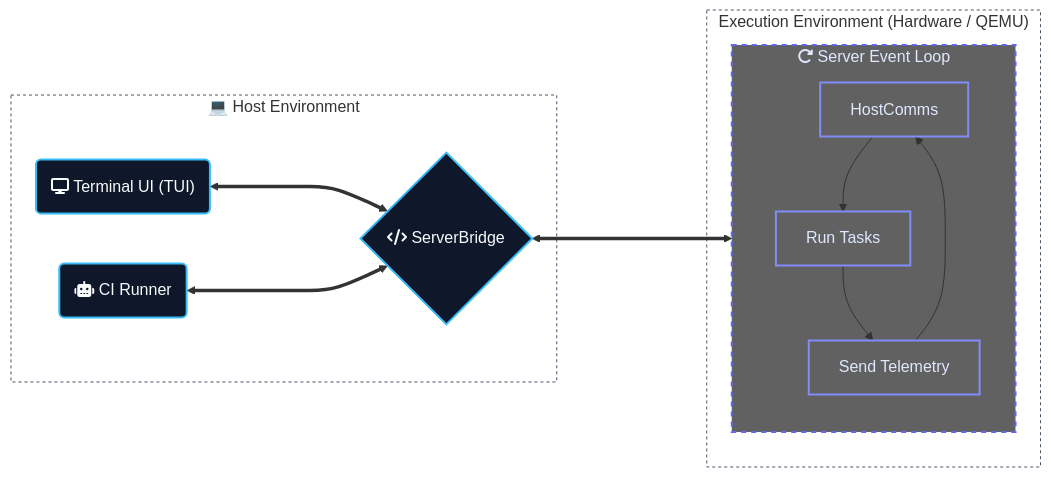
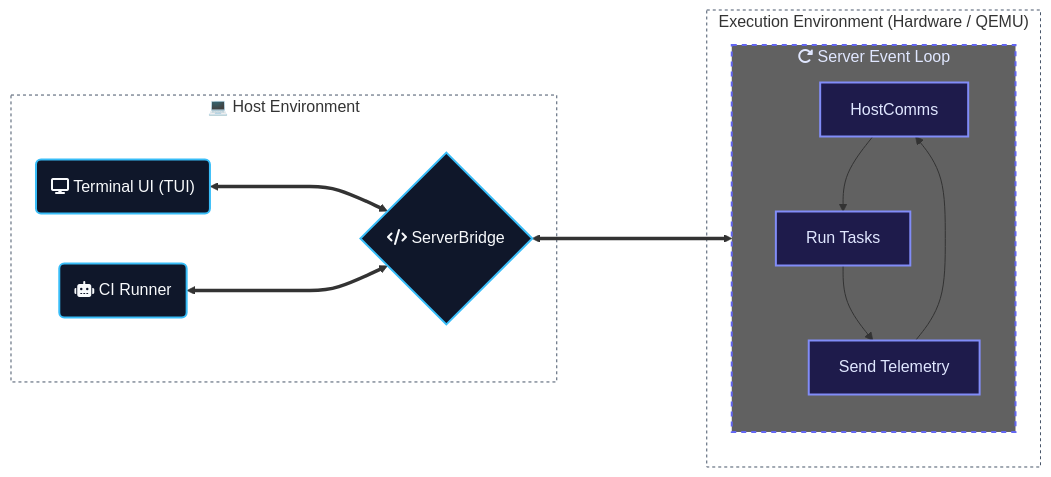
One commit to Dyse-Industries/control-rs changed the diagram in README.md. Above: the diagram before and after it, drawn with Mermaid.

````diff
--- a/README.md
+++ b/README.md
@@ -11,39 +11,39 @@
 ```mermaid
 ---
 config:
   layout: dagre
 ---
 flowchart LR
  subgraph Host["💻 Host Environment"]
         TUI("fa:fa-display Terminal UI (TUI)")
         CI("fa:fa-robot CI Runner")
         Comm{"fa:fa-code ServerBridge"}
   end
  subgraph Loop["fa:fa-rotate-right Server Event Loop"]
     direction TB
         Comms["HostComms"]
         Tasks["Run Tasks"]
         Telem["Send Telemetry"]
   end
  subgraph TargetEnv["Execution Environment (Hardware / QEMU)"]
         Loop
   end
     Comms --> Tasks
     Tasks --> Telem
     Telem --> Comms
     TUI <====> Comm
     CI <====> Comm
     Comm <====> Comms
 
      TUI:::host
      CI:::host
      Comm:::host
      Comms:::target
      Tasks:::target
      Telem:::target
     classDef host fill:#0f172a,stroke:#38bdf8,stroke-width:2px,color:#f8fafc
-    classDef target fill:transparent,stroke:#818cf8,stroke-width:2px,color:#e0e7ff
+    classDef target fill:#1e1b4b,stroke:#818cf8,stroke-width:2px,color:#e0e7ff
     style Loop fill:#616161,stroke:#6366f1,stroke-width:2px,stroke-dasharray:5 5,color:#e0e7ff
     style Host fill:transparent,stroke:#475569,stroke-width:1px,stroke-dasharray:3 3
     style TargetEnv fill:transparent,stroke:#475569,stroke-width:1px,stroke-dasharray:3 3
 ```
````
